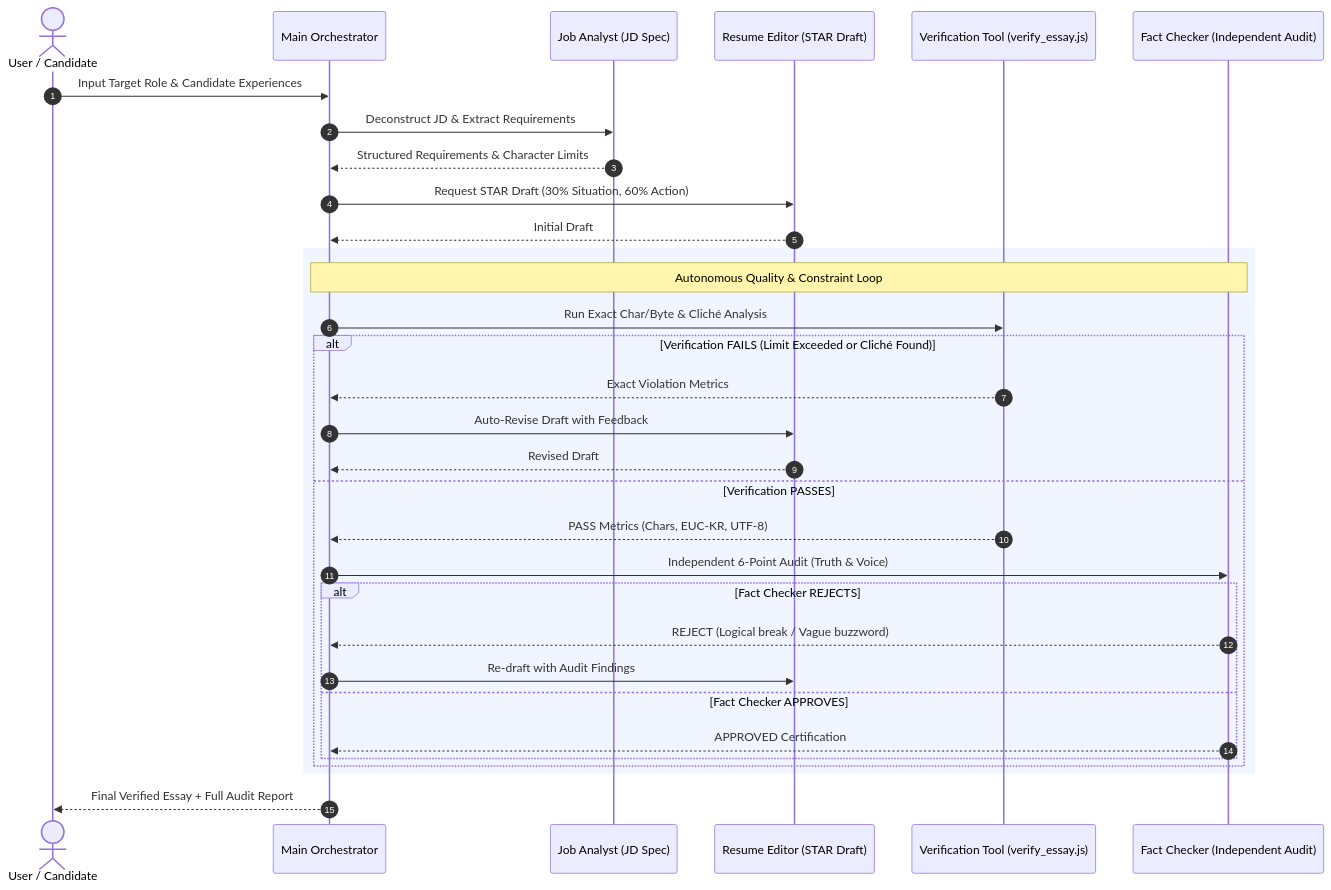
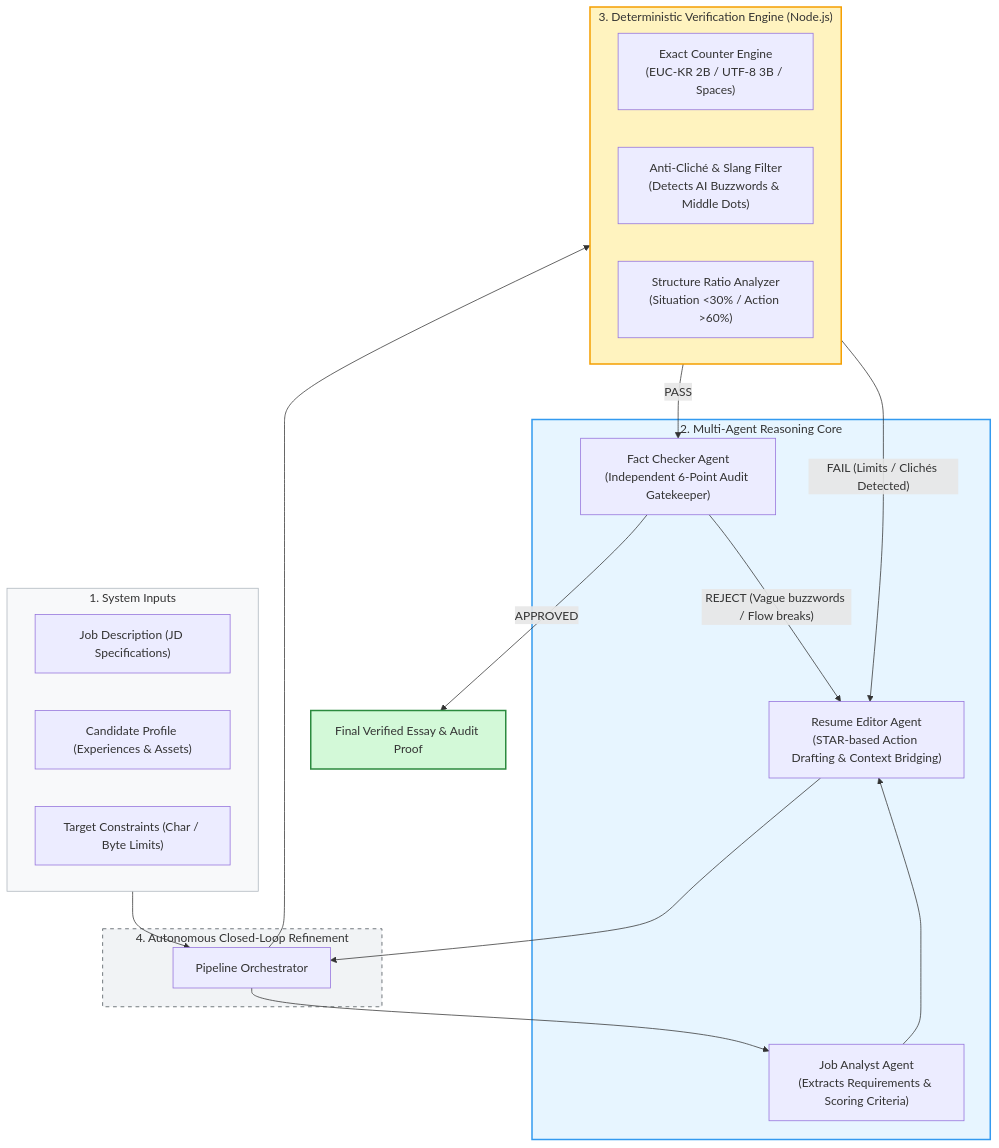
The diagram in README.md (BR8KTIME/Resume-Helper-AgenticAI), drawn with Mermaid before and after one commit. The commit also changed other lines of this file and 3 other files, not shown here.

Commit message:
docs: replace sequence diagram with architecture flowchart and sanitize agent definitions

````diff
--- a/README.md
+++ b/README.md
@@ -29,37 +29,41 @@
 ```mermaid
-sequenceDiagram
-    autonumber
-    actor User as User / Candidate
-    participant Orchestrator as Main Orchestrator
-    participant JobAnalyst as Job Analyst (JD Spec)
-    participant ResumeEditor as Resume Editor (STAR Draft)
-    participant VerifyTool as Verification Tool (verify_essay.js)
-    participant FactChecker as Fact Checker (Independent Audit)
-
-    User->>Orchestrator: Input Target Role & Candidate Experiences
-    Orchestrator->>JobAnalyst: Deconstruct JD & Extract Requirements
-    JobAnalyst-->>Orchestrator: Structured Requirements & Character Limits
-    Orchestrator->>ResumeEditor: Request STAR Draft (30% Situation, 60% Action)
-    ResumeEditor-->>Orchestrator: Initial Draft
-
-    rect rgb(240, 245, 255)
-    Note over Orchestrator,FactChecker: Autonomous Quality & Constraint Loop
-    Orchestrator->>VerifyTool: Run Exact Char/Byte & Cliché Analysis
-    alt Verification FAILS (Limit Exceeded or Cliché Found)
-        VerifyTool-->>Orchestrator: Exact Violation Metrics
-        Orchestrator->>ResumeEditor: Auto-Revise Draft with Feedback
-        ResumeEditor-->>Orchestrator: Revised Draft
-    else Verification PASSES
-        VerifyTool-->>Orchestrator: PASS Metrics (Chars, EUC-KR, UTF-8)
-        Orchestrator->>FactChecker: Independent 6-Point Audit (Truth & Voice)
-        alt Fact Checker REJECTS
-            FactChecker-->>Orchestrator: REJECT (Logical break / Vague buzzword)
-            Orchestrator->>ResumeEditor: Re-draft with Audit Findings
-        else Fact Checker APPROVES
-            FactChecker-->>Orchestrator: APPROVED Certification
-        end
-    end
+flowchart TD
+    subgraph Inputs["1. System Inputs"]
+        JD["Job Description (JD Specifications)"]
+        Profile["Candidate Profile (Experiences & Assets)"]
+        Constraints["Target Constraints (Char / Byte Limits)"]
     end
 
-    Orchestrator-->>User: Final Verified Essay + Full Audit Report
+    subgraph Agents["2. Multi-Agent Reasoning Core"]
+        JobAnalyst["Job Analyst Agent<br/>(Extracts Requirements & Scoring Criteria)"]
+        ResumeEditor["Resume Editor Agent<br/>(STAR-based Action Drafting & Context Bridging)"]
+        FactChecker["Fact Checker Agent<br/>(Independent 6-Point Audit Gatekeeper)"]
+    end
+
+    subgraph VerificationEngine["3. Deterministic Verification Engine (Node.js)"]
+        ExactMetrics["Exact Counter Engine<br/>(EUC-KR 2B / UTF-8 3B / Spaces)"]
+        AntiCliche["Anti-Cliché & Slang Filter<br/>(Detects AI Buzzwords & Middle Dots)"]
+        StructureCheck["Structure Ratio Analyzer<br/>(Situation <30% / Action >60%)"]
+    end
+
+    subgraph ClosedLoop["4. Autonomous Closed-Loop Refinement"]
+        Orchestrator["Pipeline Orchestrator"]
+    end
+
+    Inputs --> Orchestrator
+    Orchestrator --> JobAnalyst
+    JobAnalyst --> ResumeEditor
+    ResumeEditor --> Orchestrator
+    Orchestrator --> VerificationEngine
+    
+    VerificationEngine -- "FAIL (Limits / Clichés Detected)" --> ResumeEditor
+    VerificationEngine -- "PASS" --> FactChecker
+    FactChecker -- "REJECT (Vague buzzwords / Flow breaks)" --> ResumeEditor
+    FactChecker -- "APPROVED" --> FinalOutput["Final Verified Essay & Audit Proof"]
+
+    style Inputs fill:#f8f9fa,stroke:#adb5bd,stroke-width:1px
+    style Agents fill:#e7f5ff,stroke:#339af0,stroke-width:2px
+    style VerificationEngine fill:#fff3bf,stroke:#f59f00,stroke-width:2px
+    style ClosedLoop fill:#f1f3f5,stroke:#495057,stroke-dasharray: 5 5
+    style FinalOutput fill:#d3f9d8,stroke:#2b8a3e,stroke-width:2px
 ```
````
